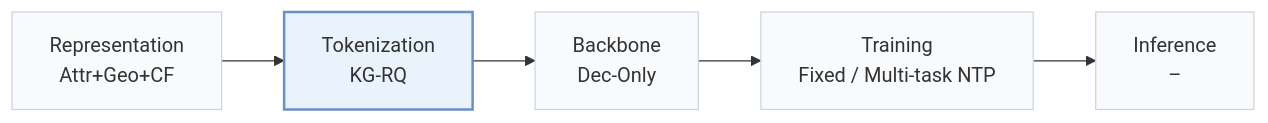
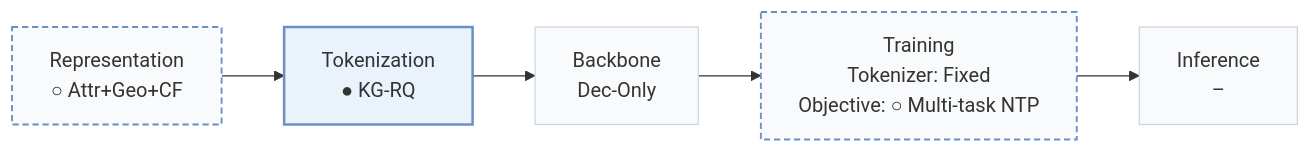
The first of 2 diagrams in pages/papers/kgtb.md (Galaxy-ghost/Awesome-SID-Generative-Rec), drawn with Mermaid before and after one commit. The commit also changed other lines of this file and 558 other files, not shown here.

````diff
--- a/pages/papers/kgtb.md
+++ b/pages/papers/kgtb.md
@@ -15,8 +19,10 @@
 ```mermaid
 flowchart LR
-    R["Representation<br/>Attr+Geo+CF"] --> T["Tokenization<br/>KG-RQ"] --> B["Backbone<br/>Dec-Only"] --> TR["Training<br/>Fixed / Multi-task NTP"] --> I["Inference<br/>–"]
+    R["Representation<br/>○ Attr+Geo+CF"] --> T["Tokenization<br/>● KG-RQ"] --> B["Backbone<br/>Dec-Only"] --> TR["Training<br/>Tokenizer: Fixed<br/>Objective: ○ Multi-task NTP"] --> I["Inference<br/>–"]
     classDef base fill:#f8fafc,stroke:#cbd5e1
     class R,T,B,TR,I base
+    classDef other fill:#f8fafc,stroke:#6b8fc7,stroke-width:1.5px,stroke-dasharray:5 3
+    class R,TR other
     classDef main fill:#eaf2fb,stroke:#6b8fc7,stroke-width:2px
     class T main
 ```
````
